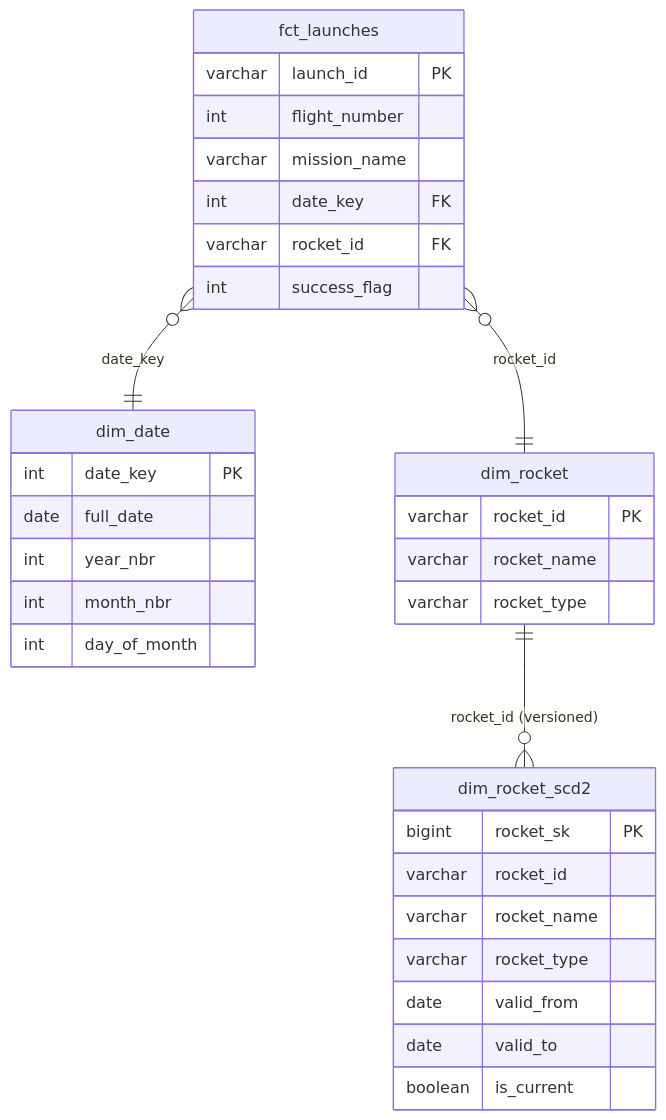
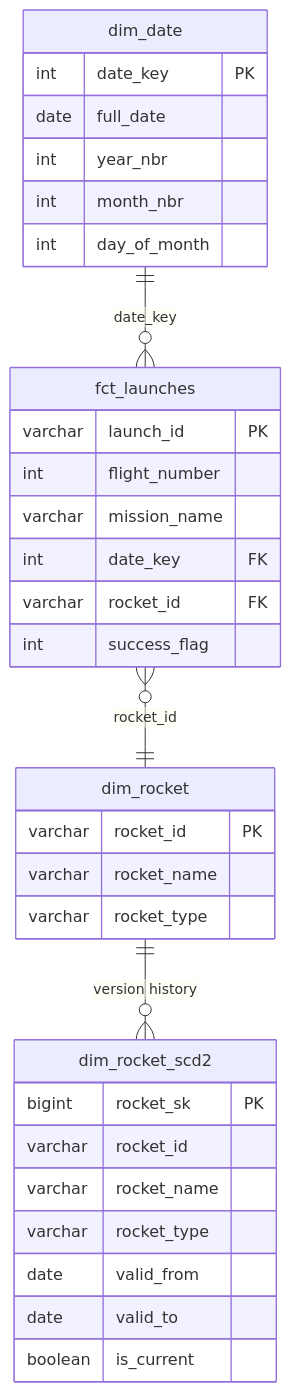
One commit to kamikagome/space-x changed the diagram in README.md. Above: the diagram before and after it, drawn with Mermaid. The commit also changed other lines of this file and 4 other files, not shown here.

````diff
--- a/README.md
+++ b/README.md
@@ -25,36 +25,36 @@
 ```mermaid
 erDiagram
     fct_launches {
         varchar launch_id PK
         int flight_number
         varchar mission_name
         int date_key FK
         varchar rocket_id FK
         int success_flag
     }
     dim_date {
         int date_key PK
         date full_date
         int year_nbr
         int month_nbr
         int day_of_month
     }
     dim_rocket {
         varchar rocket_id PK
         varchar rocket_name
         varchar rocket_type
     }
     dim_rocket_scd2 {
         bigint rocket_sk PK
         varchar rocket_id
         varchar rocket_name
         varchar rocket_type
         date valid_from
         date valid_to
         boolean is_current
     }
 
-    fct_launches }o--|| dim_date : "date_key"
+    dim_date ||--o{ fct_launches : "date_key"
     fct_launches }o--|| dim_rocket : "rocket_id"
-    dim_rocket ||--o{ dim_rocket_scd2 : "rocket_id (versioned)"
+    dim_rocket ||--o{ dim_rocket_scd2 : "version history"
 ```
````
